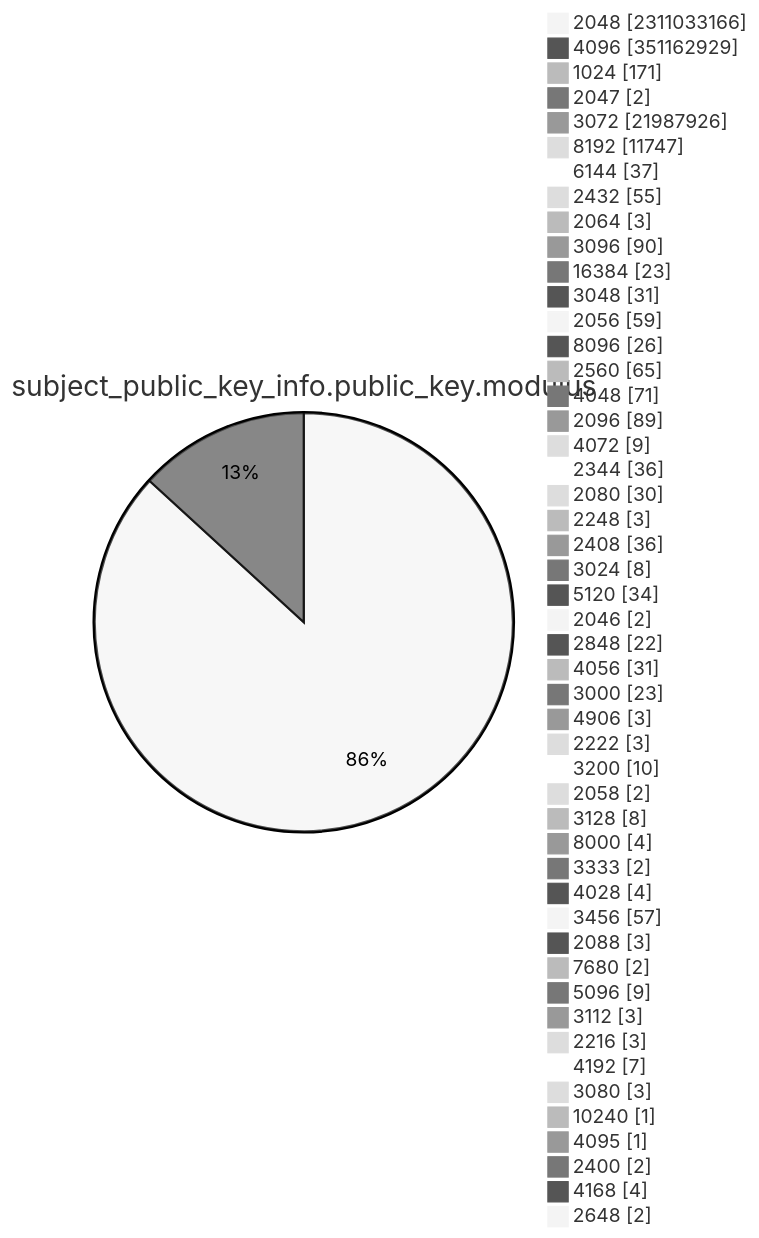
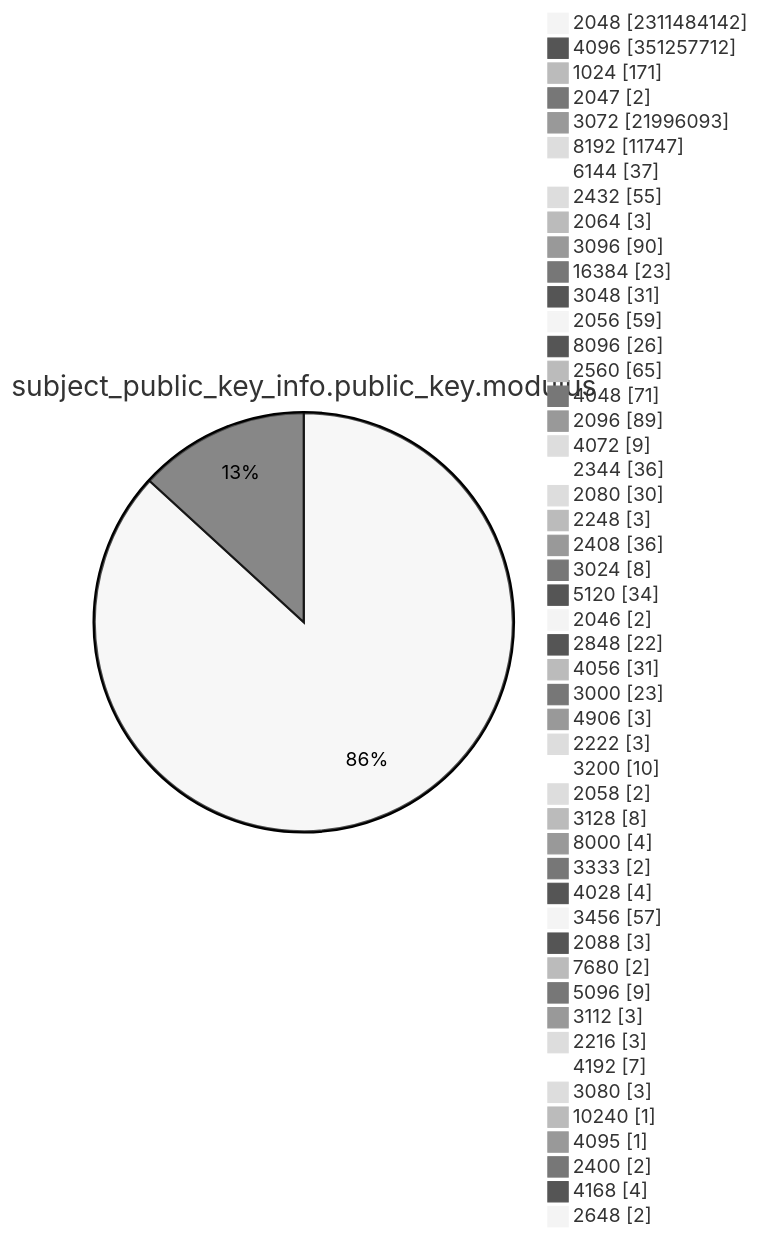
One commit to christiankrug/ctmonitor_visualization changed diagram 13 of 15 in TOTAL/README.md. Above: the diagram before and after it, drawn with Mermaid (neutral theme). The commit also changed other lines of this file, not shown here.

````diff
--- a/TOTAL/README.md
+++ b/TOTAL/README.md
@@ -4165,53 +4165,53 @@
 ```mermaid
 pie showData
 title subject_public_key_info.public_key.modulus
-"2048" :2311033166
-"4096" :351162929
+"2048" :2311484142
+"4096" :351257712
 "1024" :171
 "2047" :2
-"3072" :21987926
+"3072" :21996093
 "8192" :11747
 "6144" :37
 "2432" :55
 "2064" :3
 "3096" :90
 "16384" :23
 "3048" :31
 "2056" :59
 "8096" :26
 "2560" :65
 "4048" :71
 "2096" :89
 "4072" :9
 "2344" :36
 "2080" :30
 "2248" :3
 "2408" :36
 "3024" :8
 "5120" :34
 "2046" :2
 "2848" :22
 "4056" :31
 "3000" :23
 "4906" :3
 "2222" :3
 "3200" :10
 "2058" :2
 "3128" :8
 "8000" :4
 "3333" :2
 "4028" :4
 "3456" :57
 "2088" :3
 "7680" :2
 "5096" :9
 "3112" :3
 "2216" :3
 "4192" :7
 "3080" :3
 "10240" :1
 "4095" :1
 "2400" :2
 "4168" :4
 "2648" :2
 ```
````
